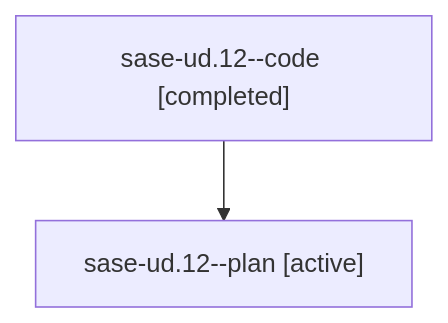
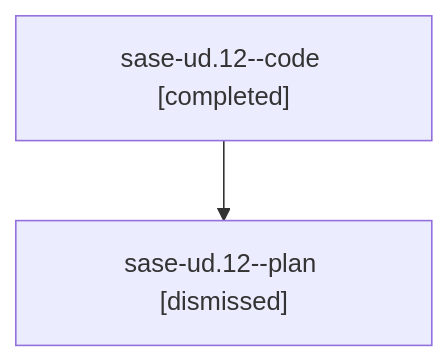
One commit to sase-org/sase--agents changed the diagram in sessions/bbugyi200.athena.sase-ud.12.md. Above: the diagram before and after it, drawn with Mermaid. The commit also changed other lines of this file and 380 other files, not shown here.

````diff
--- a/sessions/bbugyi200.athena.sase-ud.12.md
+++ b/sessions/bbugyi200.athena.sase-ud.12.md
@@ -9,6 +9,6 @@
 ```mermaid
 flowchart TD
   n0["sase-ud.12--code [completed]"]
-  n1["sase-ud.12--plan [active]"]
+  n1["sase-ud.12--plan [dismissed]"]
   n0 --> n1
 ```
````
